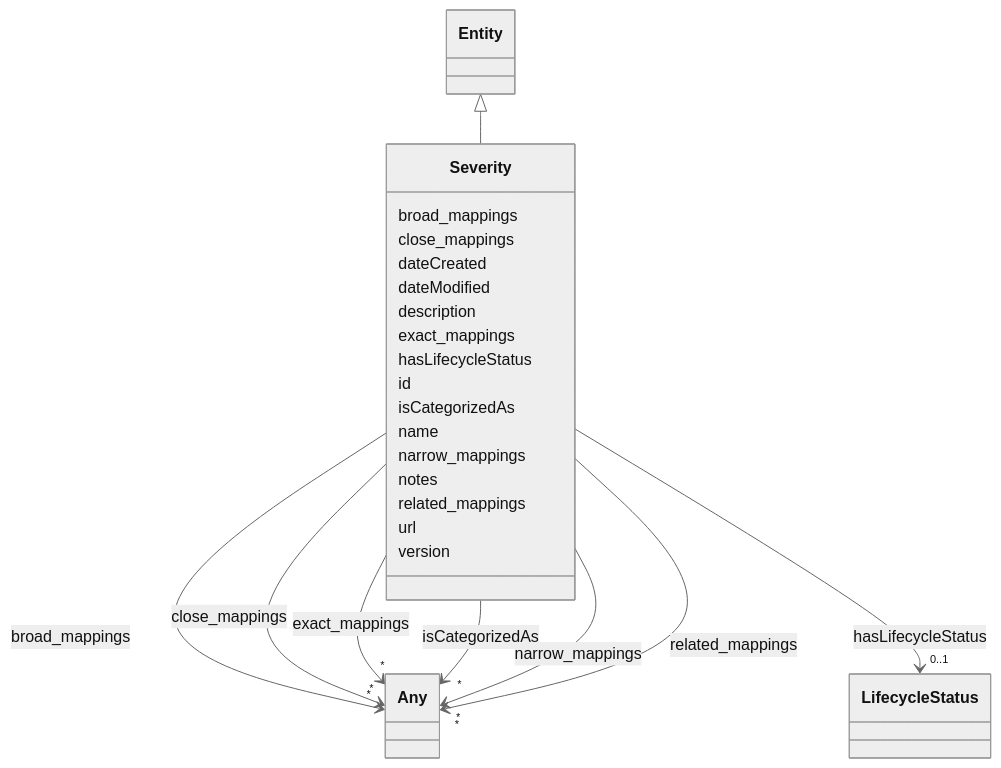
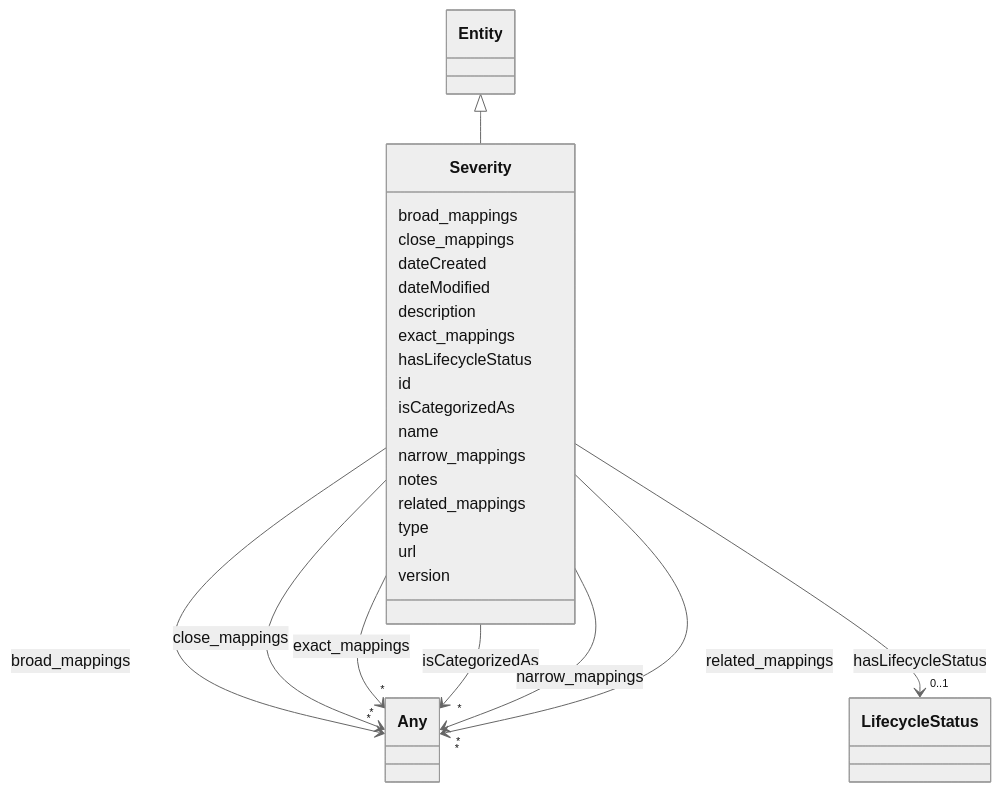
Before and after one commit to IBM/ai-atlas-nexus: the diagram in docs/ontology/Severity.md, drawn with Mermaid (neutral theme). The commit also changed other lines of this file and 151 other files, not shown here.

```diff
--- a/docs/ontology/Severity.md
+++ b/docs/ontology/Severity.md
@@ -105,6 +105,8 @@
 
 
 
+      Severity : type
+
       Severity : url
 
       Severity : version
```
